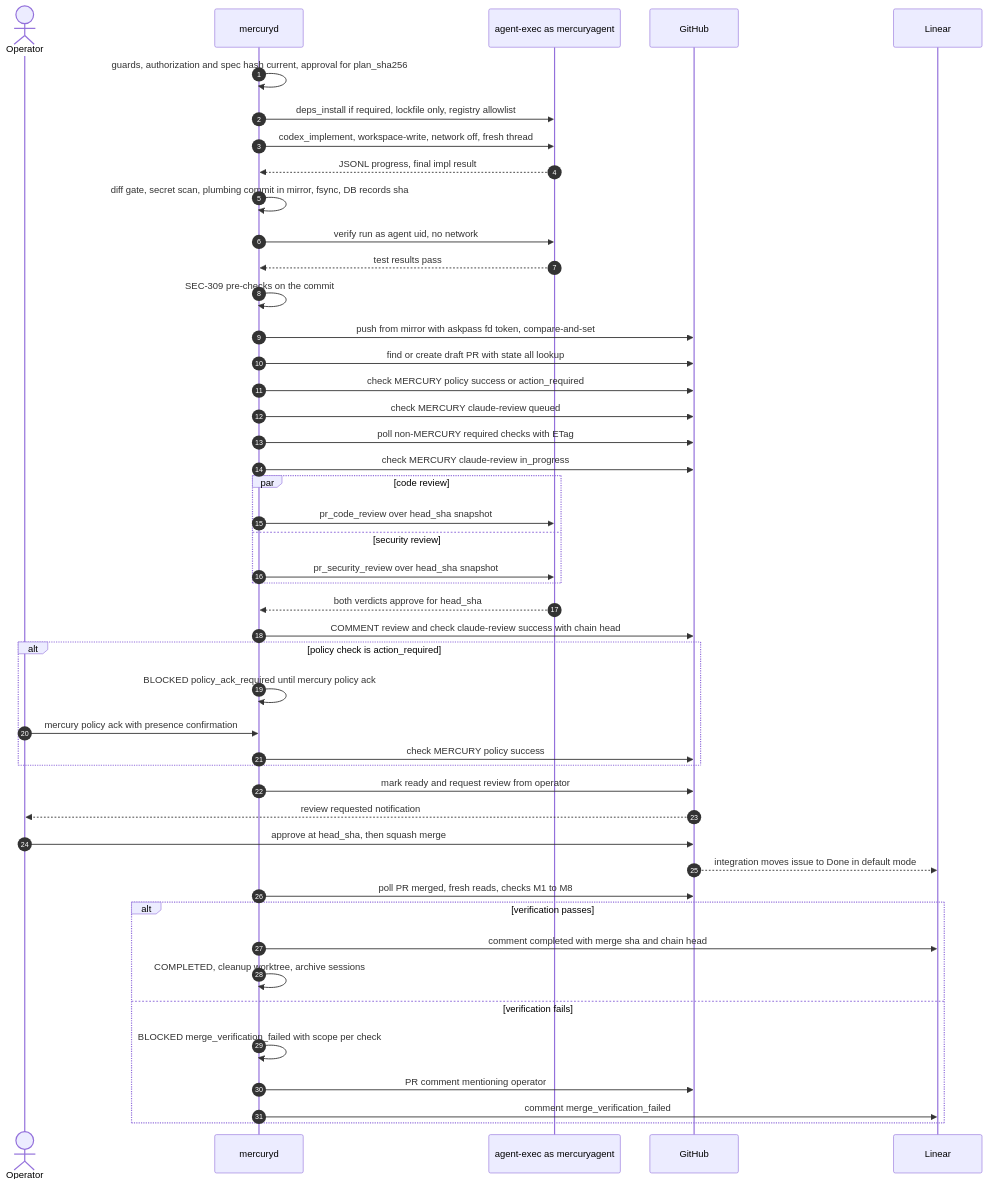
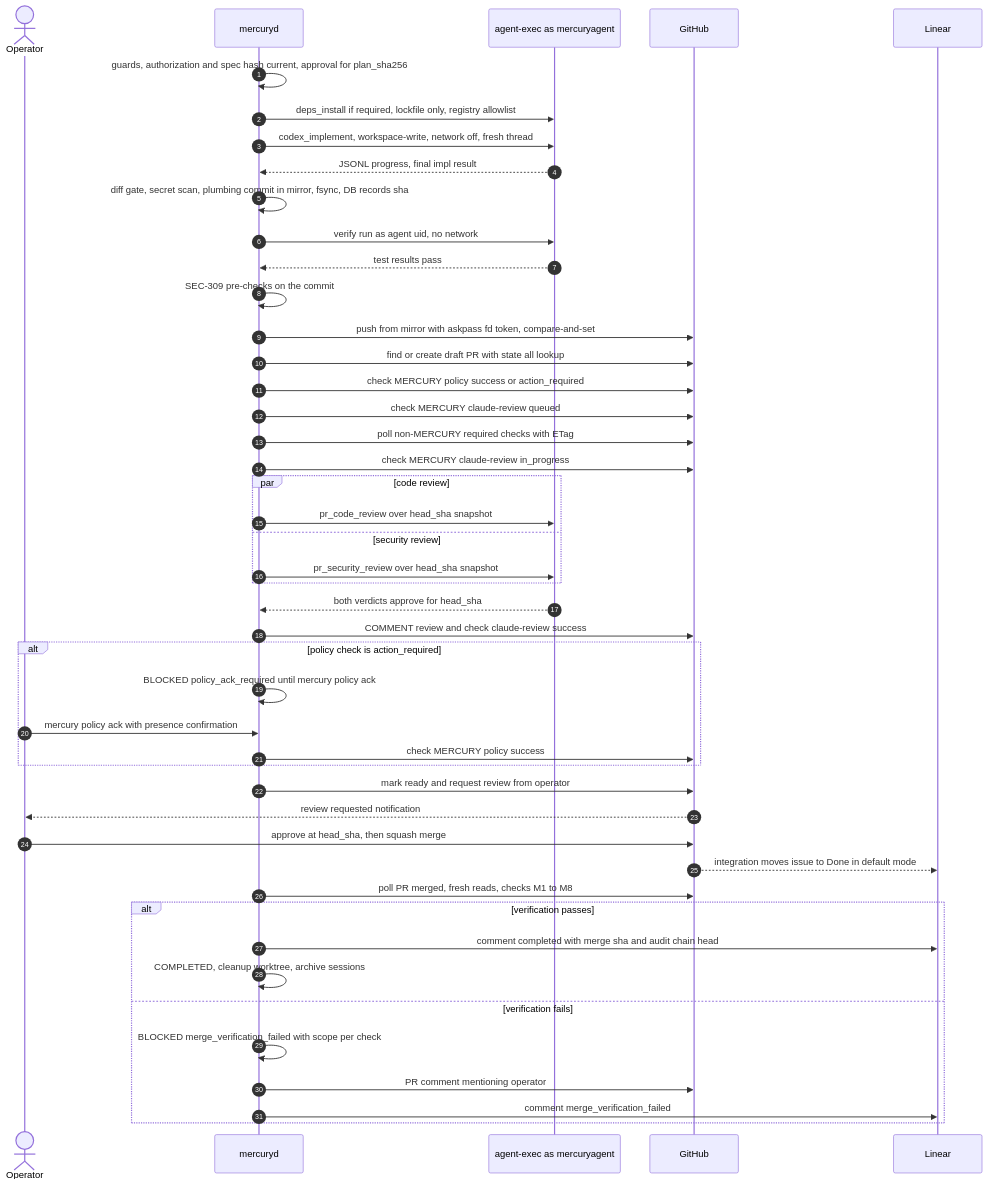
One commit to usjbro/Project-Mercury changed the second of 5 diagrams in docs/mercury/integrations/github.md. Above: the diagram before and after it, drawn with Mermaid. The commit also changed other lines of this file and 7 other files, not shown here.

````diff
--- a/docs/mercury/integrations/github.md
+++ b/docs/mercury/integrations/github.md
@@ -547,48 +549,48 @@
 ```mermaid
 sequenceDiagram
     autonumber
     actor Op as Operator
     participant M as mercuryd
     participant AX as agent-exec as mercuryagent
     participant G as GitHub
     participant L as Linear
     M->>M: guards, authorization and spec hash current, approval for plan_sha256
     M->>AX: deps_install if required, lockfile only, registry allowlist
     M->>AX: codex_implement, workspace-write, network off, fresh thread
     AX-->>M: JSONL progress, final impl result
     M->>M: diff gate, secret scan, plumbing commit in mirror, fsync, DB records sha
     M->>AX: verify run as agent uid, no network
     AX-->>M: test results pass
     M->>M: SEC-309 pre-checks on the commit
     M->>G: push from mirror with askpass fd token, compare-and-set
     M->>G: find or create draft PR with state all lookup
     M->>G: check MERCURY policy success or action_required
     M->>G: check MERCURY claude-review queued
     M->>G: poll non-MERCURY required checks with ETag
     M->>G: check MERCURY claude-review in_progress
     par code review
         M->>AX: pr_code_review over head_sha snapshot
     and security review
         M->>AX: pr_security_review over head_sha snapshot
     end
     AX-->>M: both verdicts approve for head_sha
-    M->>G: COMMENT review and check claude-review success with chain head
+    M->>G: COMMENT review and check claude-review success
     alt policy check is action_required
         M->>M: BLOCKED policy_ack_required until mercury policy ack
         Op->>M: mercury policy ack with presence confirmation
         M->>G: check MERCURY policy success
     end
     M->>G: mark ready and request review from operator
     G-->>Op: review requested notification
     Op->>G: approve at head_sha, then squash merge
     G-->>L: integration moves issue to Done in default mode
     M->>G: poll PR merged, fresh reads, checks M1 to M8
     alt verification passes
-        M->>L: comment completed with merge sha and chain head
+        M->>L: comment completed with merge sha and audit chain head
         M->>M: COMPLETED, cleanup worktree, archive sessions
     else verification fails
         M->>M: BLOCKED merge_verification_failed with scope per check
         M->>G: PR comment mentioning operator
         M->>L: comment merge_verification_failed
     end
 ```
````
